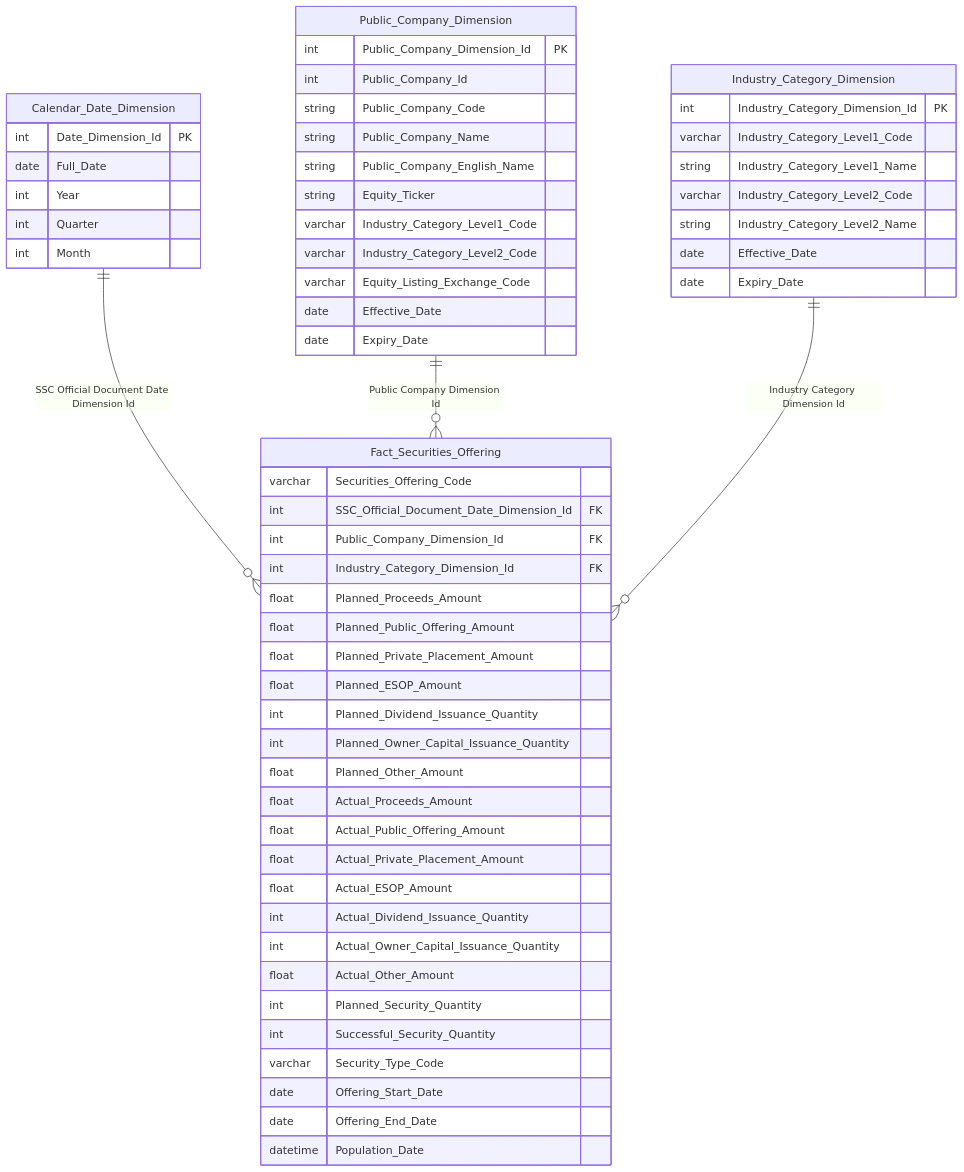
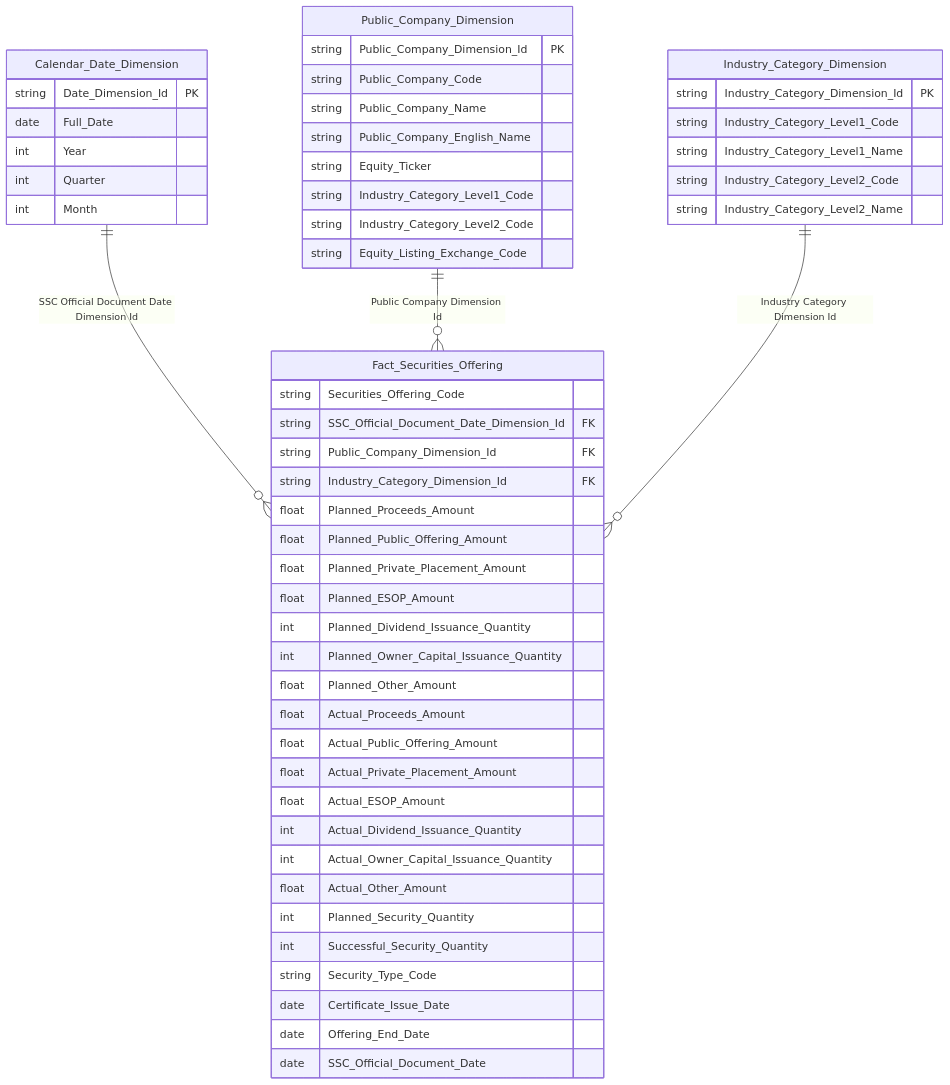
Before and after one commit to linhlvit/ubck_atomic_design: the fourth of 14 diagrams in Datamart/hld/DTM_QLCB_HLD.md, drawn with Mermaid. The commit also changed other lines of this file and 3 other files, not shown here.

````diff
--- a/Datamart/hld/DTM_QLCB_HLD.md
+++ b/Datamart/hld/DTM_QLCB_HLD.md
@@ -157,62 +157,57 @@
 ```mermaid
 erDiagram
     Calendar_Date_Dimension {
-        int Date_Dimension_Id PK
+        string Date_Dimension_Id PK
         date Full_Date
         int Year
         int Quarter
         int Month
     }
     Public_Company_Dimension {
-        int Public_Company_Dimension_Id PK
-        int Public_Company_Id
+        string Public_Company_Dimension_Id PK
         string Public_Company_Code
         string Public_Company_Name
         string Public_Company_English_Name
         string Equity_Ticker
-        varchar Industry_Category_Level1_Code
-        varchar Industry_Category_Level2_Code
-        varchar Equity_Listing_Exchange_Code
-        date Effective_Date
-        date Expiry_Date
+        string Industry_Category_Level1_Code
+        string Industry_Category_Level2_Code
+        string Equity_Listing_Exchange_Code
     }
     Industry_Category_Dimension {
-        int Industry_Category_Dimension_Id PK
-        varchar Industry_Category_Level1_Code
+        string Industry_Category_Dimension_Id PK
+        string Industry_Category_Level1_Code
         string Industry_Category_Level1_Name
-        varchar Industry_Category_Level2_Code
+        string Industry_Category_Level2_Code
         string Industry_Category_Level2_Name
-        date Effective_Date
-        date Expiry_Date
     }
     Fact_Securities_Offering {
-        varchar Securities_Offering_Code
-        int SSC_Official_Document_Date_Dimension_Id FK
-        int Public_Company_Dimension_Id FK
-        int Industry_Category_Dimension_Id FK
+        string Securities_Offering_Code
+        string SSC_Official_Document_Date_Dimension_Id FK
+        string Public_Company_Dimension_Id FK
+        string Industry_Category_Dimension_Id FK
         float Planned_Proceeds_Amount
         float Planned_Public_Offering_Amount
         float Planned_Private_Placement_Amount
         float Planned_ESOP_Amount
         int Planned_Dividend_Issuance_Quantity
         int Planned_Owner_Capital_Issuance_Quantity
         float Planned_Other_Amount
         float Actual_Proceeds_Amount
         float Actual_Public_Offering_Amount
         float Actual_Private_Placement_Amount
         float Actual_ESOP_Amount
         int Actual_Dividend_Issuance_Quantity
         int Actual_Owner_Capital_Issuance_Quantity
         float Actual_Other_Amount
         int Planned_Security_Quantity
         int Successful_Security_Quantity
-        varchar Security_Type_Code
-        date Offering_Start_Date
+        string Security_Type_Code
+        date Certificate_Issue_Date
         date Offering_End_Date
-        datetime Population_Date
+        date SSC_Official_Document_Date
     }
 
     Calendar_Date_Dimension ||--o{ Fact_Securities_Offering : "SSC Official Document Date Dimension Id"
     Public_Company_Dimension ||--o{ Fact_Securities_Offering : "Public Company Dimension Id"
     Industry_Category_Dimension ||--o{ Fact_Securities_Offering : "Industry Category Dimension Id"
 ```
````
